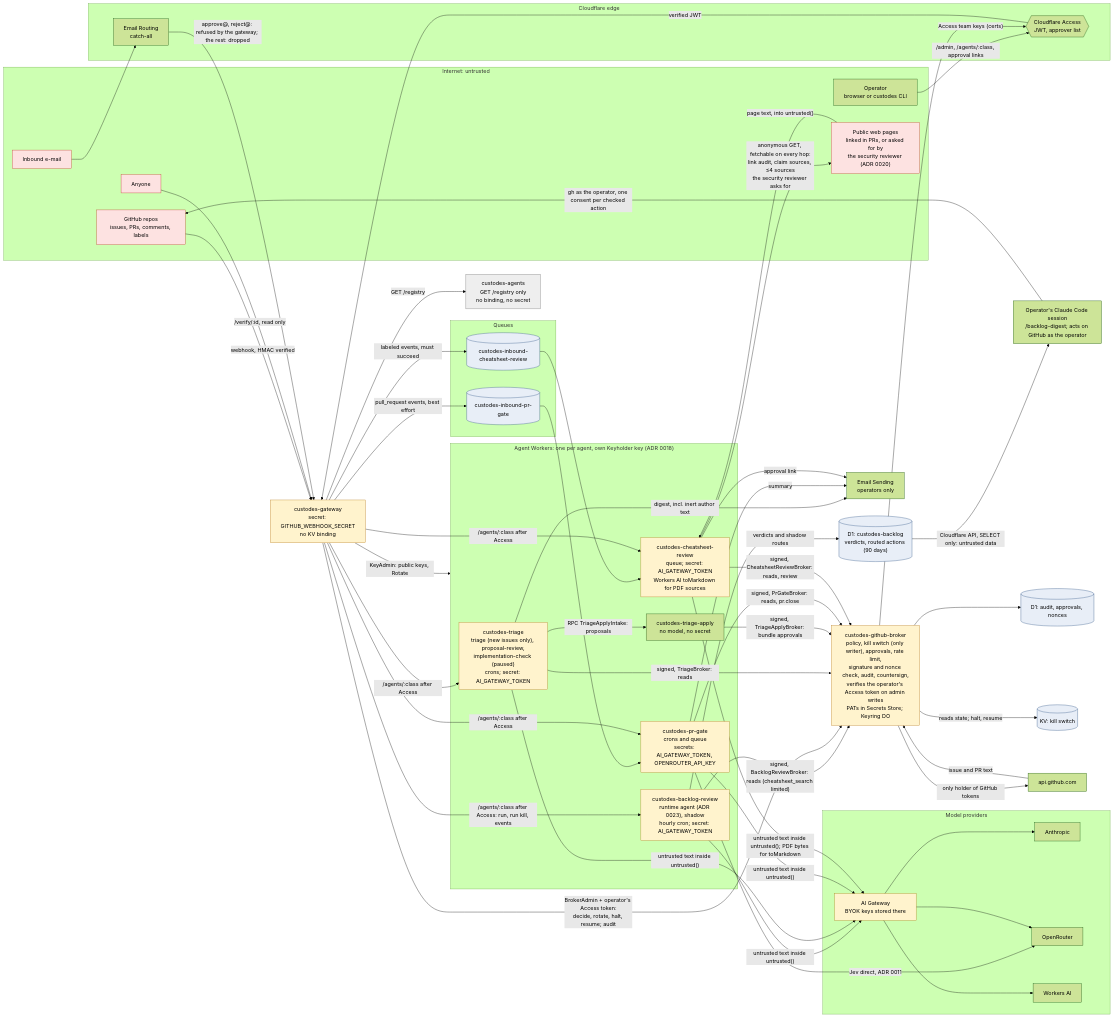
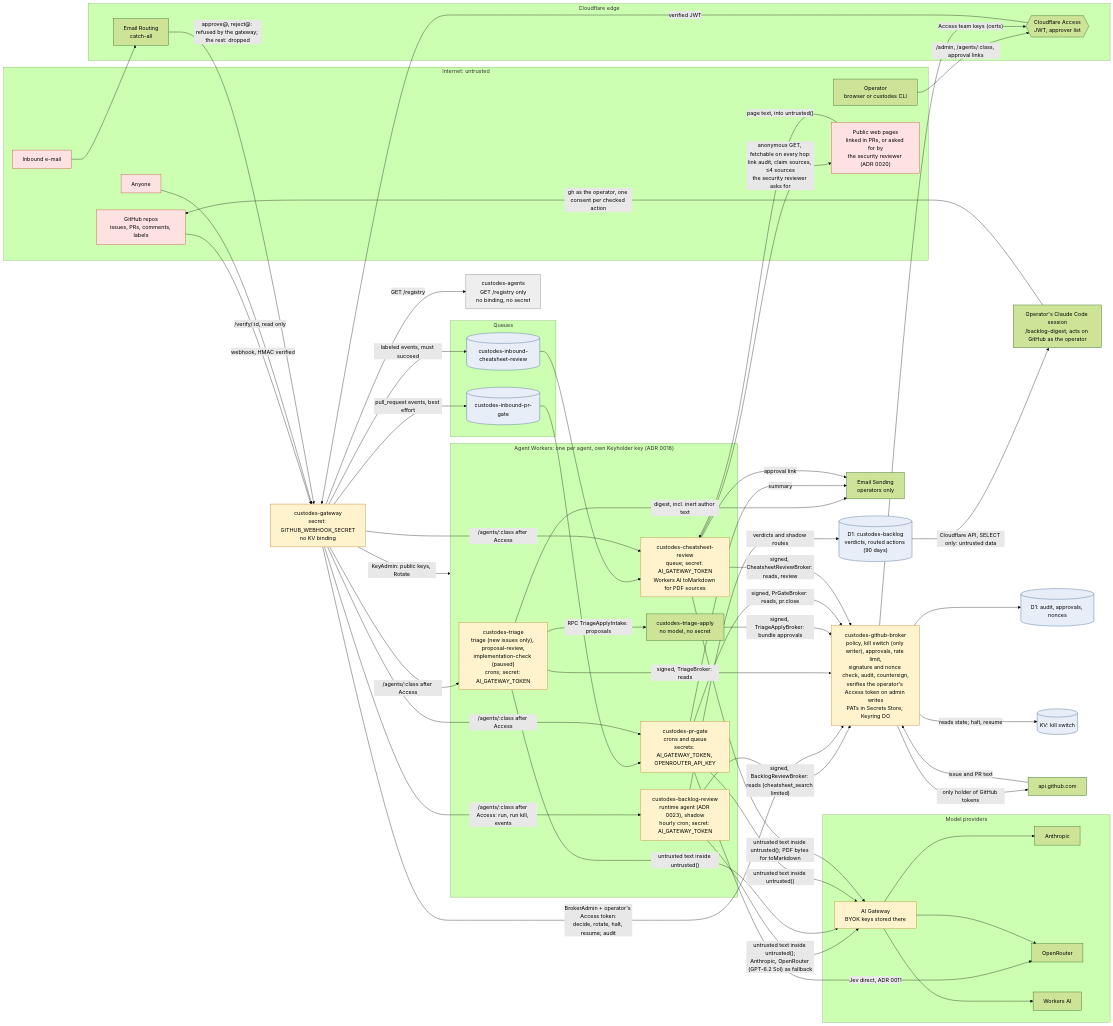
The diagram in docs/architecture/data-flow.md (mackowski/custodes), drawn with Mermaid (forest theme) before and after one commit. The commit also changed 10 other files, not shown here.

First line of the commit message:
feat(backlog-review): Sonnet 5.5 with GPT-6.2 Sol fallback through OpenRouter (#132)

```diff
--- a/docs/architecture/data-flow.md
+++ b/docs/architecture/data-flow.md
@@ -96,7 +96,7 @@
   GW -- "/agents/:class after Access" --> CSR
   GW -- "/agents/:class after Access: run, run kill, events" --> BLR
   BLR -- "signed, BacklogReviewBroker: reads (cheatsheet_search limited)" --> BR
-  BLR -- "untrusted text inside untrusted()" --> AIG
+  BLR -- "untrusted text inside untrusted();<br/>Anthropic, OpenRouter (GPT-6.2 Sol) as fallback" --> AIG
   BLR -- "verdicts and shadow routes" --> BLD
   BLD -- "Cloudflare API, SELECT only: untrusted data" --> SESS
   SESS -- "gh as the operator, one consent per checked action" --> GH
```
